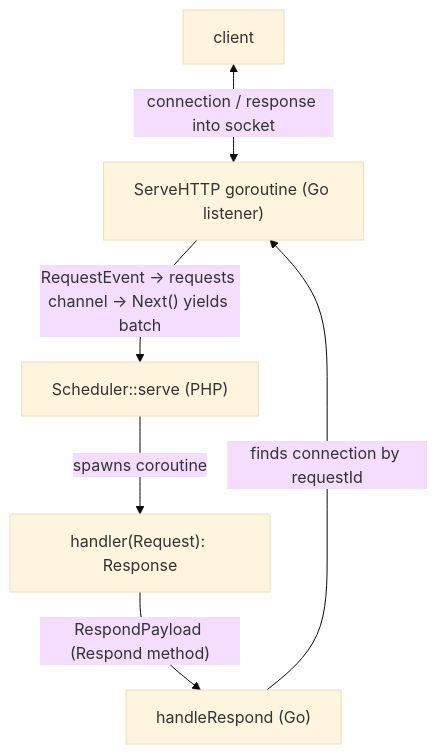
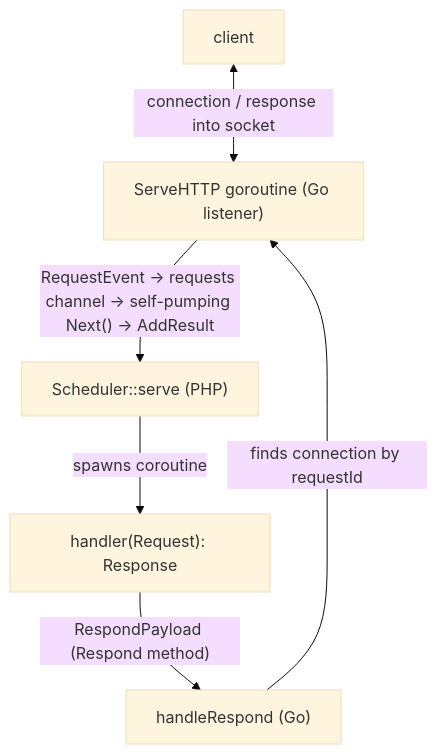
Before and after one commit to sprust/sconcur: the diagram in docs/adding-a-server.md, drawn with Mermaid (base theme). The commit also changed other lines of this file and 1 other file, not shown here.

First line of the commit message:
sync the server guide with the self-pumping stream and fire-and-forget respond

````diff
--- a/docs/adding-a-server.md
+++ b/docs/adding-a-server.md
@@ -43,14 +43,14 @@
 ```mermaid
 flowchart TB
     client["client"]
     serve["ServeHTTP goroutine (Go listener)"]
     sched["Scheduler::serve (PHP)"]
     handler["handler(Request): Response"]
     respond["handleRespond (Go)"]
 
     client <-->|"connection / response into socket"| serve
-    serve -->|"RequestEvent → requests channel → Next() yields batch"| sched
+    serve -->|"RequestEvent → requests channel → self-pumping Next() → AddResult"| sched
     sched -->|"spawns coroutine"| handler
     handler -->|"RespondPayload (Respond method)"| respond
     respond -->|"finds connection by requestId"| serve
 ```
````
